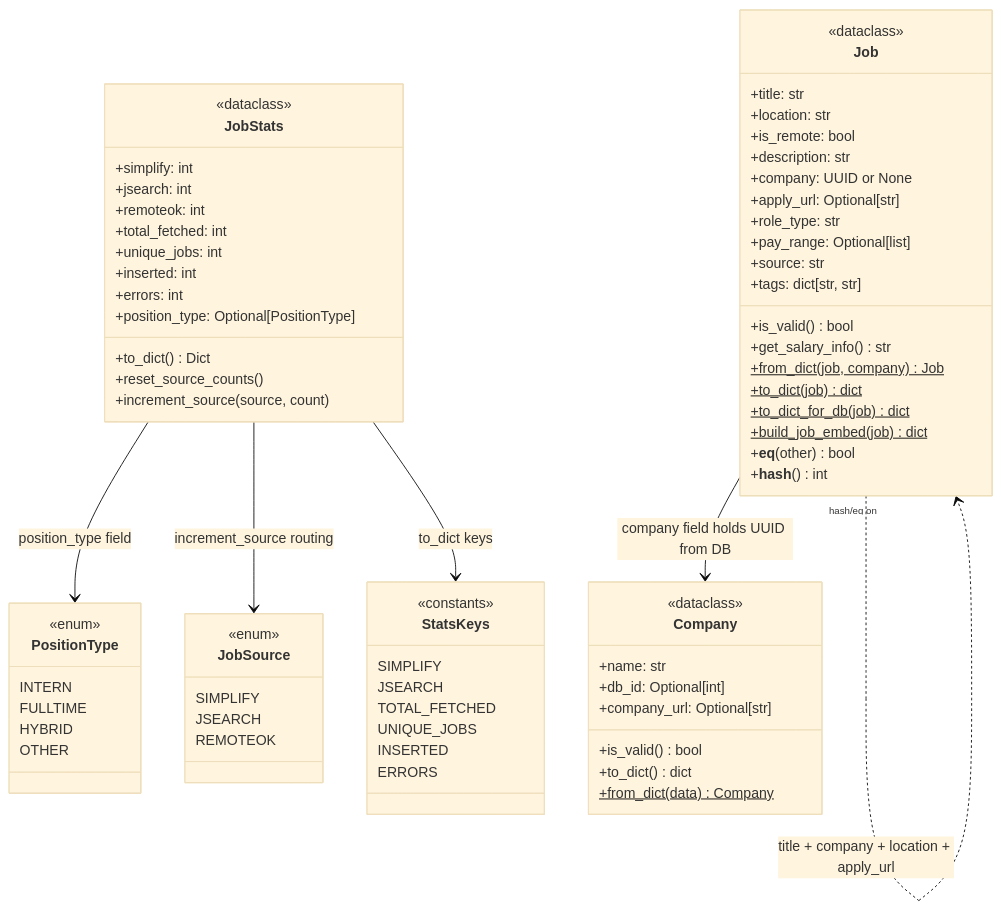
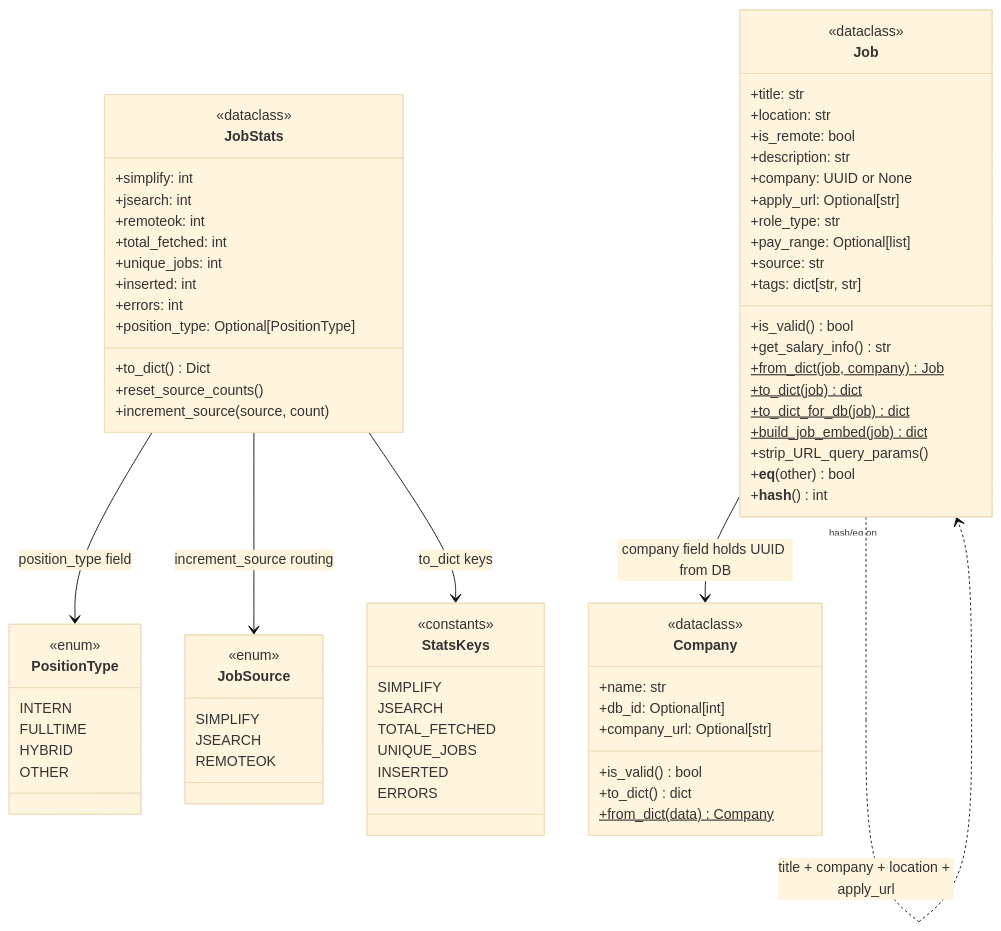
Before and after one commit to AustinDwomoh/libra: the diagram in docs/diagrams/models_class.md, drawn with Mermaid (base theme). The commit also changed 10 other files, not shown here.

First line of the commit message:
Add weekly expiry checker & improve scraper/expiry flow

````diff
--- a/docs/diagrams/models_class.md
+++ b/docs/diagrams/models_class.md
@@ -1,82 +1,83 @@
 ```mermaid
 %% classDiagram — models.py: Job, Company, JobStats
 classDiagram
     class Job {
         <<dataclass>>
         +title: str
         +location: str
         +is_remote: bool
         +description: str
         +company: UUID or None
         +apply_url: Optional[str]
         +role_type: str
         +pay_range: Optional[list]
         +source: str
         +tags: dict[str, str]
         +is_valid() bool
         +get_salary_info() str
         +from_dict(job, company) Job$
         +to_dict(job) dict$
         +to_dict_for_db(job) dict$
         +build_job_embed(job) dict$
+        +strip_URL_query_params()
         +__eq__(other) bool
         +__hash__() int
     }
 
     class Company {
         <<dataclass>>
         +name: str
         +db_id: Optional[int]
         +company_url: Optional[str]
         +is_valid() bool
         +to_dict() dict
         +from_dict(data) Company$
     }
 
     class JobStats {
         <<dataclass>>
         +simplify: int
         +jsearch: int
         +remoteok: int
         +total_fetched: int
         +unique_jobs: int
         +inserted: int
         +errors: int
         +position_type: Optional[PositionType]
         +to_dict() Dict
         +reset_source_counts()
         +increment_source(source, count)
     }
 
     class PositionType {
         <<enum>>
         INTERN
         FULLTIME
         HYBRID
         OTHER
     }
 
     class JobSource {
         <<enum>>
         SIMPLIFY
         JSEARCH
         REMOTEOK
     }
 
     class StatsKeys {
         <<constants>>
         SIMPLIFY
         JSEARCH
         TOTAL_FETCHED
         UNIQUE_JOBS
         INSERTED
         ERRORS
     }
 
     Job --> Company : company field holds UUID from DB
     JobStats --> PositionType : position_type field
     JobStats --> JobSource : increment_source routing
     JobStats --> StatsKeys : to_dict keys
     Job "hash/eq on" ..> Job : title + company + location + apply_url
 
 ```
````
